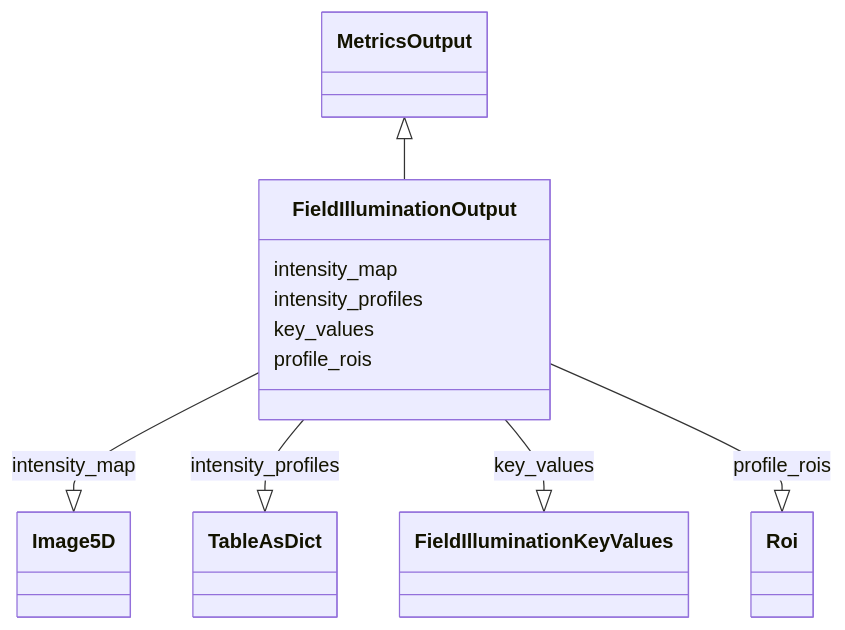
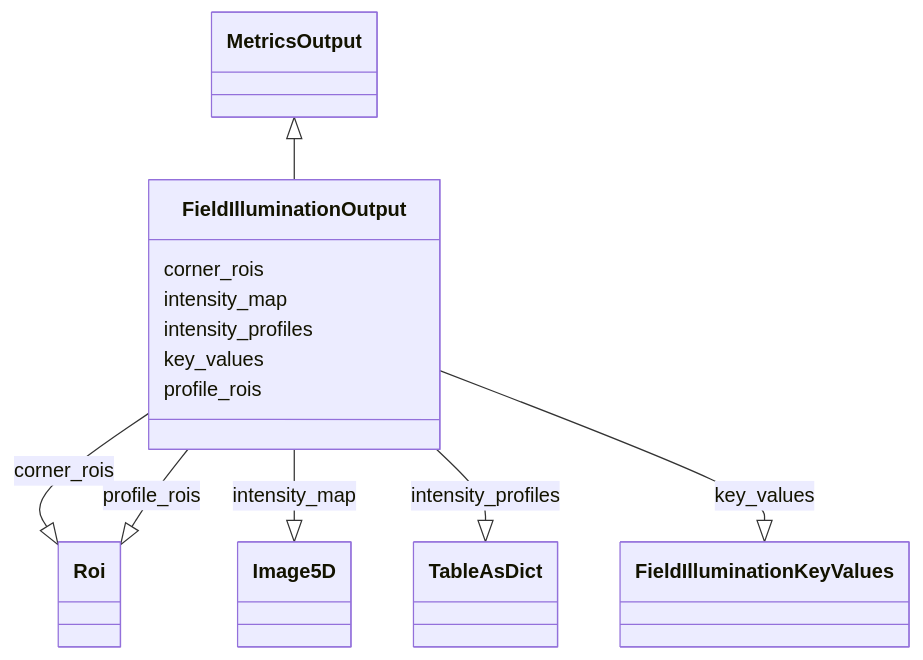
One commit to juliomateoslangerak/microscope-metrics changed the diagram in docs/schema/samples/FieldIlluminationOutput.md. Above: the diagram before and after it, drawn with Mermaid. The commit also changed other lines of this file and 6 other files, not shown here.

Commit message:
Added Rois to Field illumination  where measurements were taken

````diff
--- a/docs/schema/samples/FieldIlluminationOutput.md
+++ b/docs/schema/samples/FieldIlluminationOutput.md
@@ -10,23 +10,27 @@
 ```mermaid
  classDiagram
     class FieldIlluminationOutput
       MetricsOutput <|-- FieldIlluminationOutput
       
+      FieldIlluminationOutput : corner_rois
+        
+          FieldIlluminationOutput --|> Roi : corner_rois
+        
       FieldIlluminationOutput : intensity_map
         
           FieldIlluminationOutput --|> Image5D : intensity_map
         
       FieldIlluminationOutput : intensity_profiles
         
           FieldIlluminationOutput --|> TableAsDict : intensity_profiles
         
       FieldIlluminationOutput : key_values
         
           FieldIlluminationOutput --|> FieldIlluminationKeyValues : key_values
         
       FieldIlluminationOutput : profile_rois
         
           FieldIlluminationOutput --|> Roi : profile_rois
         
       
 ```
````
